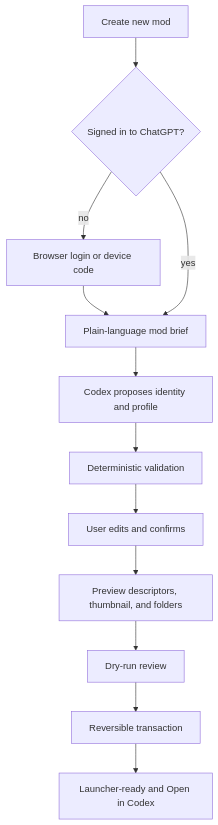
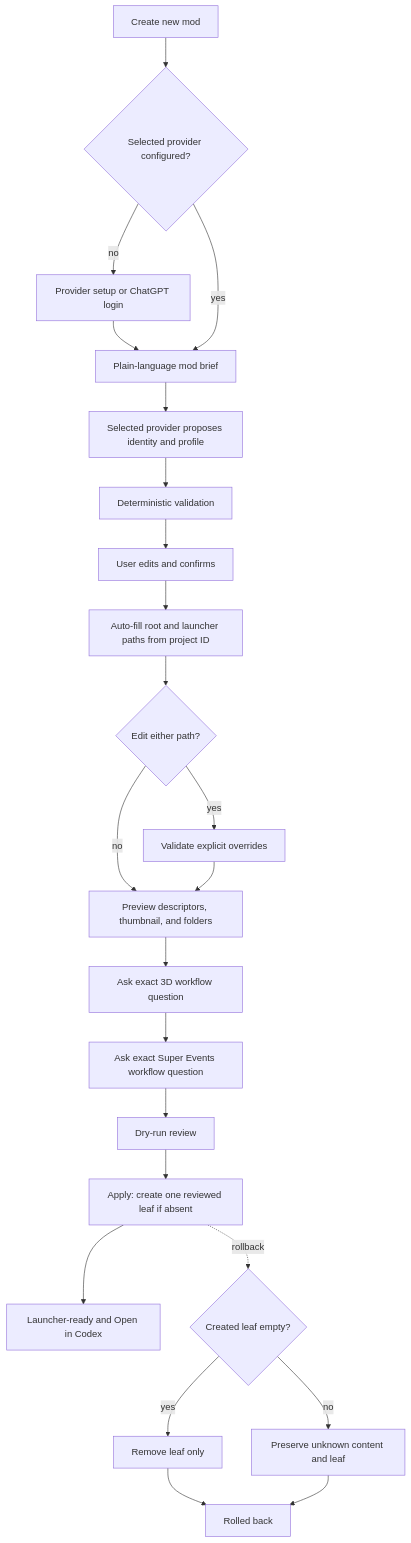
One commit to klimPaskov/HOI4-Mod-Setup changed the diagram in docs/diagrams/new_project_flow.mmd. Above: the diagram before and after it, drawn with Mermaid. The commit also changed 294 other files, not shown here.

Commit message:
feat: complete setup wizard and release flow

```diff
--- a/docs/diagrams/new_project_flow.mmd
+++ b/docs/diagrams/new_project_flow.mmd
@@ -1,12 +1,23 @@
 flowchart TD
-    Start[Create new mod] --> Auth{Signed in to ChatGPT?}
-    Auth -- no --> Login[Browser login or device code]
+    Start[Create new mod] --> Auth{Selected provider configured?}
+    Auth -- no --> Login[Provider setup or ChatGPT login]
     Login --> Brief[Plain-language mod brief]
     Auth -- yes --> Brief
-    Brief --> Codex[Codex proposes identity and profile]
-    Codex --> Validate[Deterministic validation]
+    Brief --> Provider[Selected provider proposes identity and profile]
+    Provider --> Validate[Deterministic validation]
     Validate --> Review[User edits and confirms]
-    Review --> Preview[Preview descriptors, thumbnail, and folders]
-    Preview --> DryRun[Dry-run review]
-    DryRun --> Apply[Reversible transaction]
+    Review --> Paths[Auto-fill root and launcher paths from project ID]
+    Paths --> Override{Edit either path?}
+    Override -- yes --> ValidatePaths[Validate explicit overrides]
+    Override -- no --> Preview[Preview descriptors, thumbnail, and folders]
+    ValidatePaths --> Preview
+    Preview --> Optional3D[Ask exact 3D workflow question]
+    Optional3D --> OptionalSE[Ask exact Super Events workflow question]
+    OptionalSE --> DryRun[Dry-run review]
+    DryRun --> Apply[Apply: create one reviewed leaf if absent]
     Apply --> Ready[Launcher-ready and Open in Codex]
+    Apply -. rollback .-> Empty{Created leaf empty?}
+    Empty -- yes --> RemoveLeaf[Remove leaf only]
+    Empty -- no --> Preserve[Preserve unknown content and leaf]
+    RemoveLeaf --> RolledBack[Rolled back]
+    Preserve --> RolledBack
```
